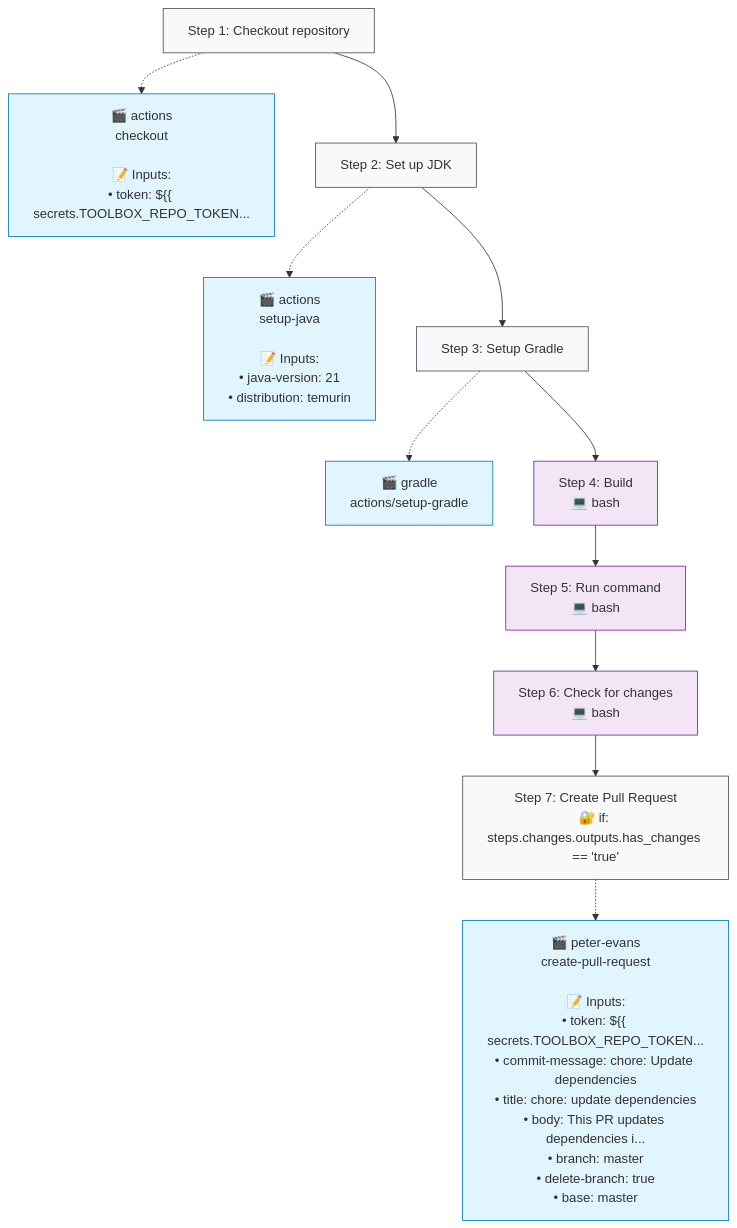
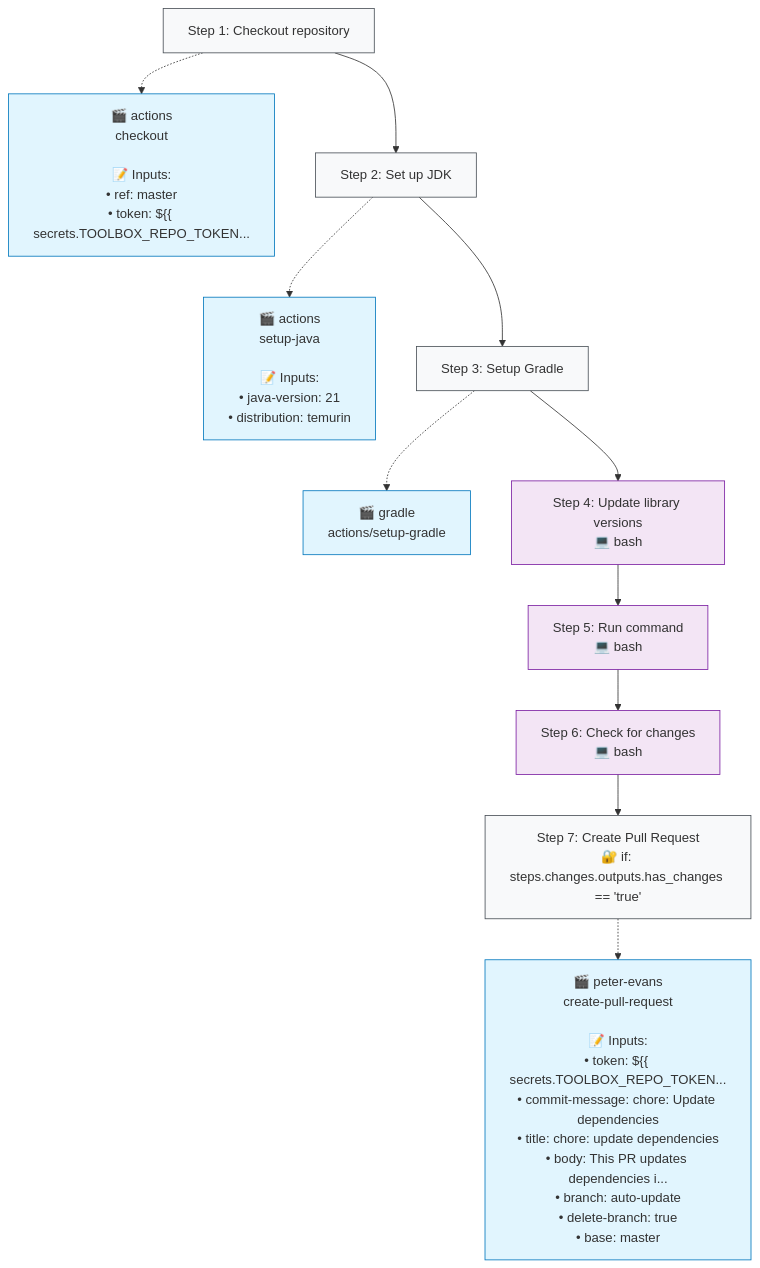
One commit to http4k/examples changed the second of 2 diagrams in .github/typeflows/update-dependencies/README.md. Above: the diagram before and after it, drawn with Mermaid. The commit also changed 3 other files, not shown here.

Commit message:
fix branch of auto-update

````diff
--- a/.github/typeflows/update-dependencies/README.md
+++ b/.github/typeflows/update-dependencies/README.md
@@ -24,36 +24,36 @@
 ```mermaid
 %%{init: {"flowchart": {"curve": "basis"}}}%%
 flowchart TD
     step1["Step 1: Checkout repository"]
     style step1 fill:#f8f9fa,stroke:#495057
-    action1["🎬 actions<br/>checkout<br/><br/>📝 Inputs:<br/>• token: ${{ secrets.TOOLBOX_REPO_TOKEN..."]
+    action1["🎬 actions<br/>checkout<br/><br/>📝 Inputs:<br/>• ref: master<br/>• token: ${{ secrets.TOOLBOX_REPO_TOKEN..."]
     style action1 fill:#e1f5fe,stroke:#0277bd
     step1 -.-> action1
     step2["Step 2: Set up JDK"]
     style step2 fill:#f8f9fa,stroke:#495057
     action2["🎬 actions<br/>setup-java<br/><br/>📝 Inputs:<br/>• java-version: 21<br/>• distribution: temurin"]
     style action2 fill:#e1f5fe,stroke:#0277bd
     step2 -.-> action2
     step1 --> step2
     step3["Step 3: Setup Gradle"]
     style step3 fill:#f8f9fa,stroke:#495057
     action3["🎬 gradle<br/>actions/setup-gradle"]
     style action3 fill:#e1f5fe,stroke:#0277bd
     step3 -.-> action3
     step2 --> step3
-    step4["Step 4: Build<br/>💻 bash"]
+    step4["Step 4: Update library versions<br/>💻 bash"]
     style step4 fill:#f3e5f5,stroke:#7b1fa2
     step3 --> step4
     step5["Step 5: Run command<br/>💻 bash"]
     style step5 fill:#f3e5f5,stroke:#7b1fa2
     step4 --> step5
     step6["Step 6: Check for changes<br/>💻 bash"]
     style step6 fill:#f3e5f5,stroke:#7b1fa2
     step5 --> step6
     step7["Step 7: Create Pull Request<br/>🔐 if: steps.changes.outputs.has_changes == 'true'"]
     style step7 fill:#f8f9fa,stroke:#495057
-    action7["🎬 peter-evans<br/>create-pull-request<br/><br/>📝 Inputs:<br/>• token: ${{ secrets.TOOLBOX_REPO_TOKEN...<br/>• commit-message: chore: Update dependencies<br/>• title: chore: update dependencies<br/>• body: This PR updates dependencies i...<br/>• branch: master<br/>• delete-branch: true<br/>• base: master"]
+    action7["🎬 peter-evans<br/>create-pull-request<br/><br/>📝 Inputs:<br/>• token: ${{ secrets.TOOLBOX_REPO_TOKEN...<br/>• commit-message: chore: Update dependencies<br/>• title: chore: update dependencies<br/>• body: This PR updates dependencies i...<br/>• branch: auto-update<br/>• delete-branch: true<br/>• base: master"]
     style action7 fill:#e1f5fe,stroke:#0277bd
     step7 -.-> action7
     step6 --> step7
 ```
````
